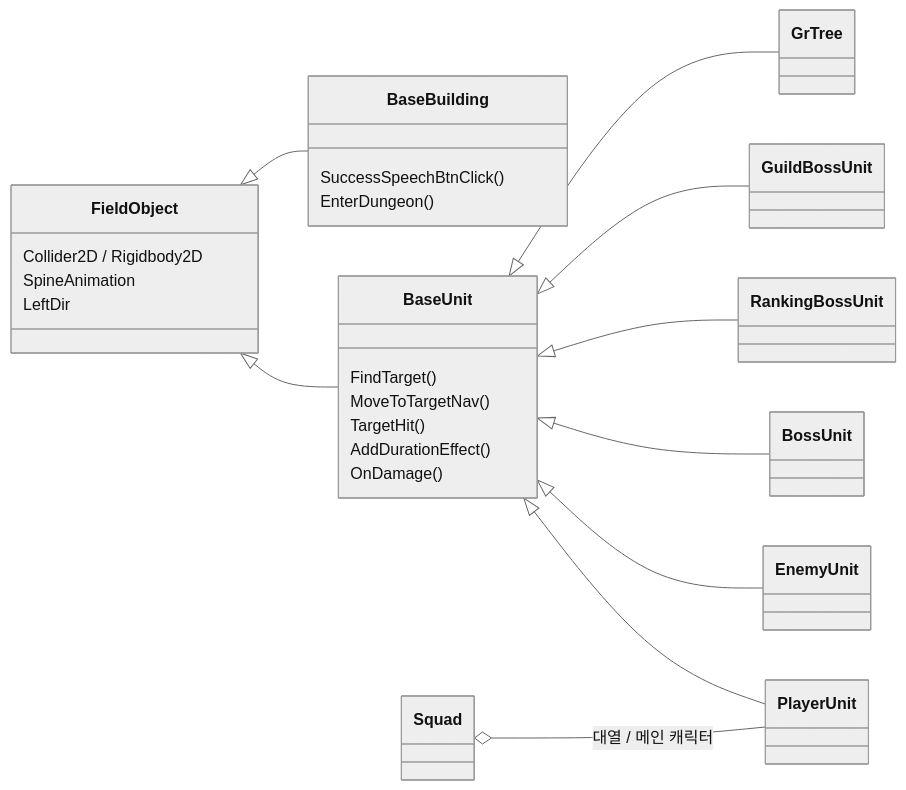
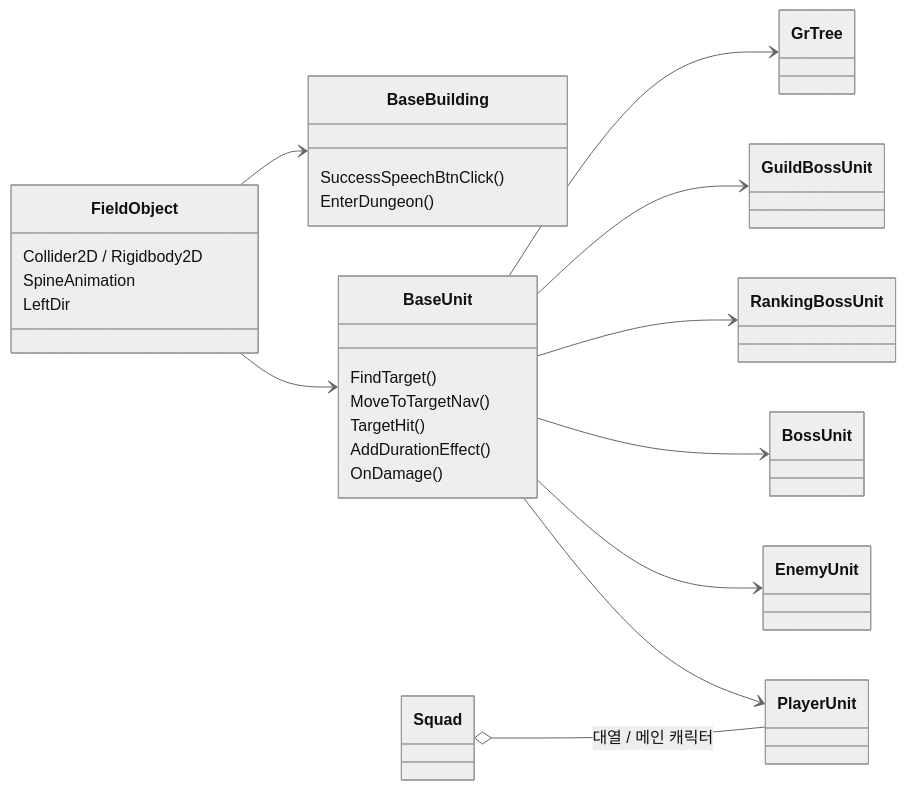
Before and after one commit to jinhwan322/ktf_document: the first of 3 diagrams in README.md, drawn with Mermaid (neutral theme). The commit also changed other lines of this file, not shown here.

Commit message:
✨| doucument Upload

````diff
--- a/README.md
+++ b/README.md
@@ -78,29 +78,29 @@
 ```mermaid
 classDiagram
     direction LR
     class FieldObject {
         Collider2D / Rigidbody2D
         SpineAnimation
         LeftDir
     }
     class BaseUnit {
         FindTarget()
         MoveToTargetNav()
         TargetHit()
         AddDurationEffect()
         OnDamage()
     }
     class BaseBuilding {
         SuccessSpeechBtnClick()
         EnterDungeon()
     }
-    FieldObject <|-- BaseUnit
-    FieldObject <|-- BaseBuilding
-    BaseUnit <|-- PlayerUnit
-    BaseUnit <|-- EnemyUnit
-    BaseUnit <|-- BossUnit
-    BaseUnit <|-- RankingBossUnit
-    BaseUnit <|-- GuildBossUnit
-    BaseUnit <|-- GrTree
+    FieldObject --> BaseUnit
+    FieldObject --> BaseBuilding
+    BaseUnit --> PlayerUnit
+    BaseUnit --> EnemyUnit
+    BaseUnit --> BossUnit
+    BaseUnit --> RankingBossUnit
+    BaseUnit --> GuildBossUnit
+    BaseUnit --> GrTree
     Squad o-- PlayerUnit : 대열 / 메인 캐릭터
 ```
````
